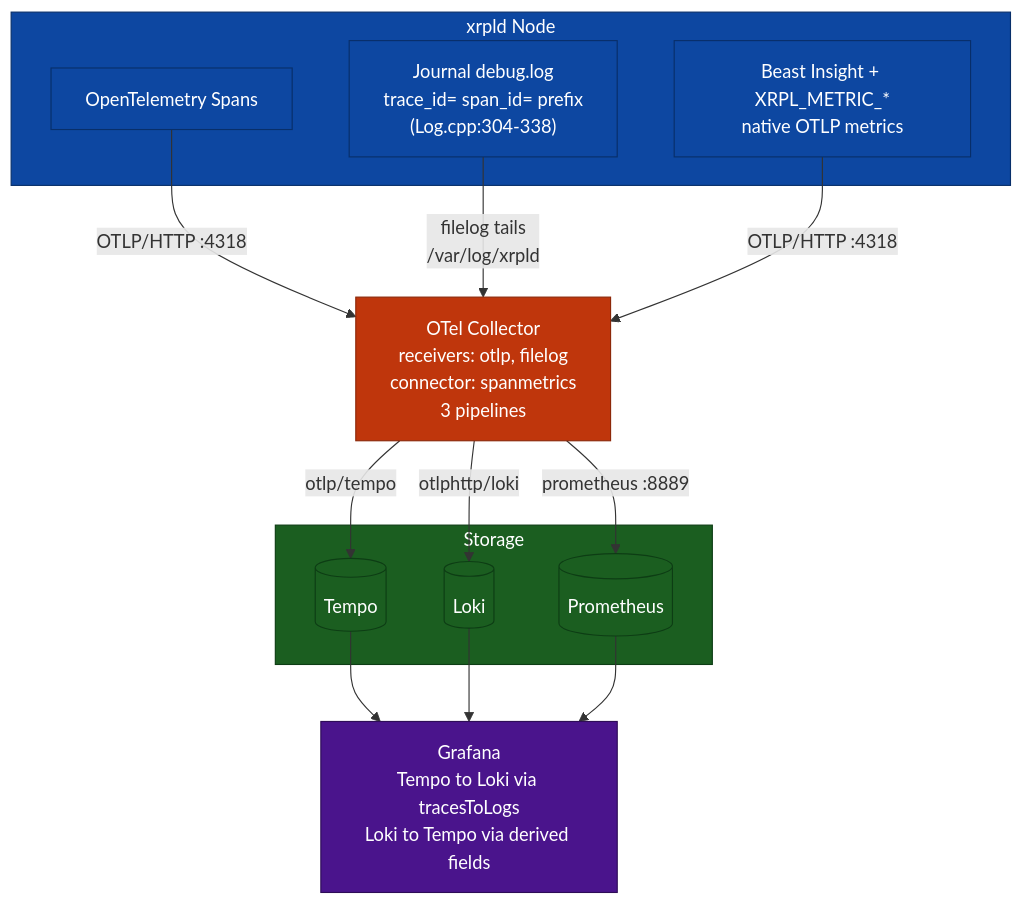
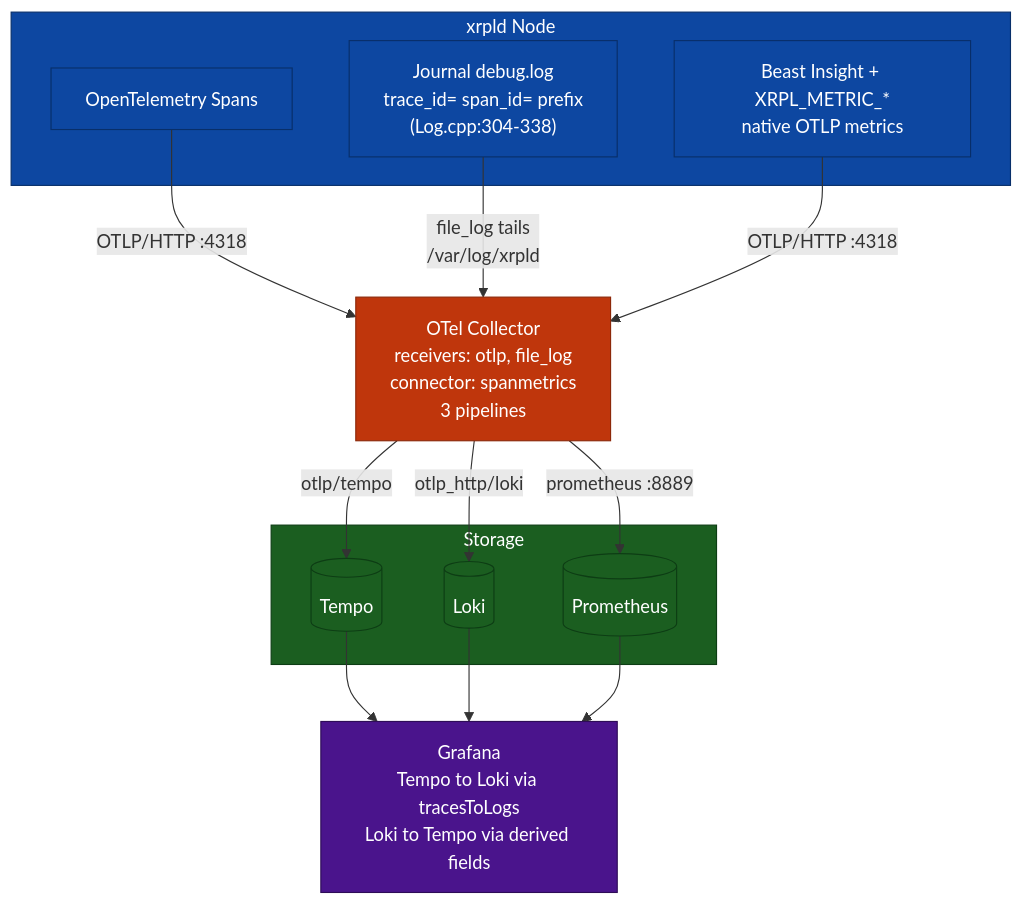
Before and after one commit to XRPLF/rippled: the fourth of 4 diagrams in OpenTelemetryPlan/07-observability-backends.md, drawn with Mermaid. The commit also changed other lines of this file and 7 other files, not shown here.

````diff
--- a/OpenTelemetryPlan/07-observability-backends.md
+++ b/OpenTelemetryPlan/07-observability-backends.md
@@ -417,41 +417,41 @@
 ```mermaid
 flowchart TB
     subgraph xrpld["xrpld Node"]
         otel["OpenTelemetry Spans"]
         journal["Journal debug.log<br/>trace_id= span_id= prefix<br/>(Log.cpp:304-338)"]
         insight["Beast Insight + XRPL_METRIC_*<br/>native OTLP metrics"]
     end
 
-    otelc["OTel Collector<br/>receivers: otlp, filelog<br/>connector: spanmetrics<br/>3 pipelines"]
+    otelc["OTel Collector<br/>receivers: otlp, file_log<br/>connector: spanmetrics<br/>3 pipelines"]
 
     subgraph storage["Storage"]
         tempo[("Tempo")]
         loki[("Loki")]
         prom[("Prometheus")]
     end
 
     dashboards["Grafana<br/>Tempo to Loki via tracesToLogs<br/>Loki to Tempo via derived fields"]
 
     otel -->|"OTLP/HTTP :4318"| otelc
-    journal -->|"filelog tails<br/>/var/log/xrpld"| otelc
+    journal -->|"file_log tails<br/>/var/log/xrpld"| otelc
     insight -->|"OTLP/HTTP :4318"| otelc
 
     otelc -->|"otlp/tempo"| tempo
-    otelc -->|"otlphttp/loki"| loki
+    otelc -->|"otlp_http/loki"| loki
     otelc -->|"prometheus :8889"| prom
 
     tempo --> dashboards
     loki --> dashboards
     prom --> dashboards
 
     style xrpld fill:#0d47a1,stroke:#082f6a,color:#ffffff
     style storage fill:#1b5e20,stroke:#0d3d14,color:#ffffff
     style otel fill:#0d47a1,stroke:#082f6a,color:#ffffff
     style journal fill:#0d47a1,stroke:#082f6a,color:#ffffff
     style insight fill:#0d47a1,stroke:#082f6a,color:#ffffff
     style otelc fill:#bf360c,stroke:#8c2809,color:#ffffff
     style tempo fill:#1b5e20,stroke:#0d3d14,color:#ffffff
     style loki fill:#1b5e20,stroke:#0d3d14,color:#ffffff
     style prom fill:#1b5e20,stroke:#0d3d14,color:#ffffff
     style dashboards fill:#4a148c,stroke:#2e0d57,color:#ffffff
 ```
````
